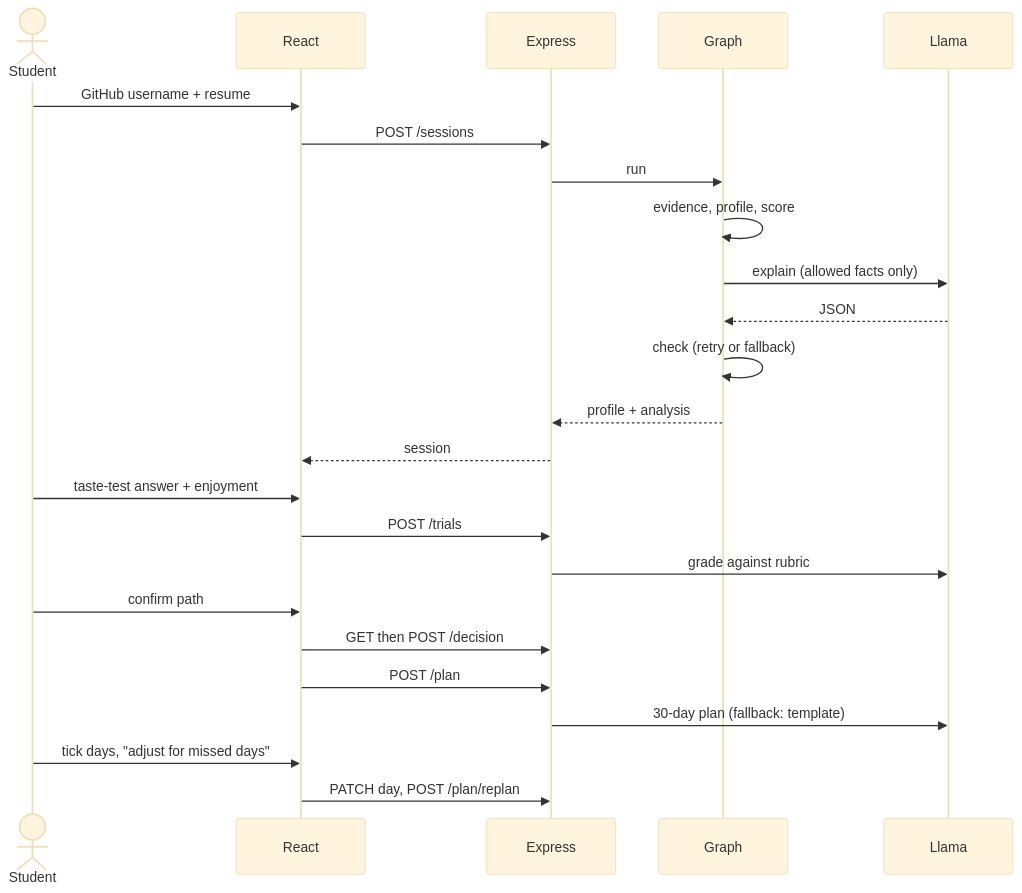
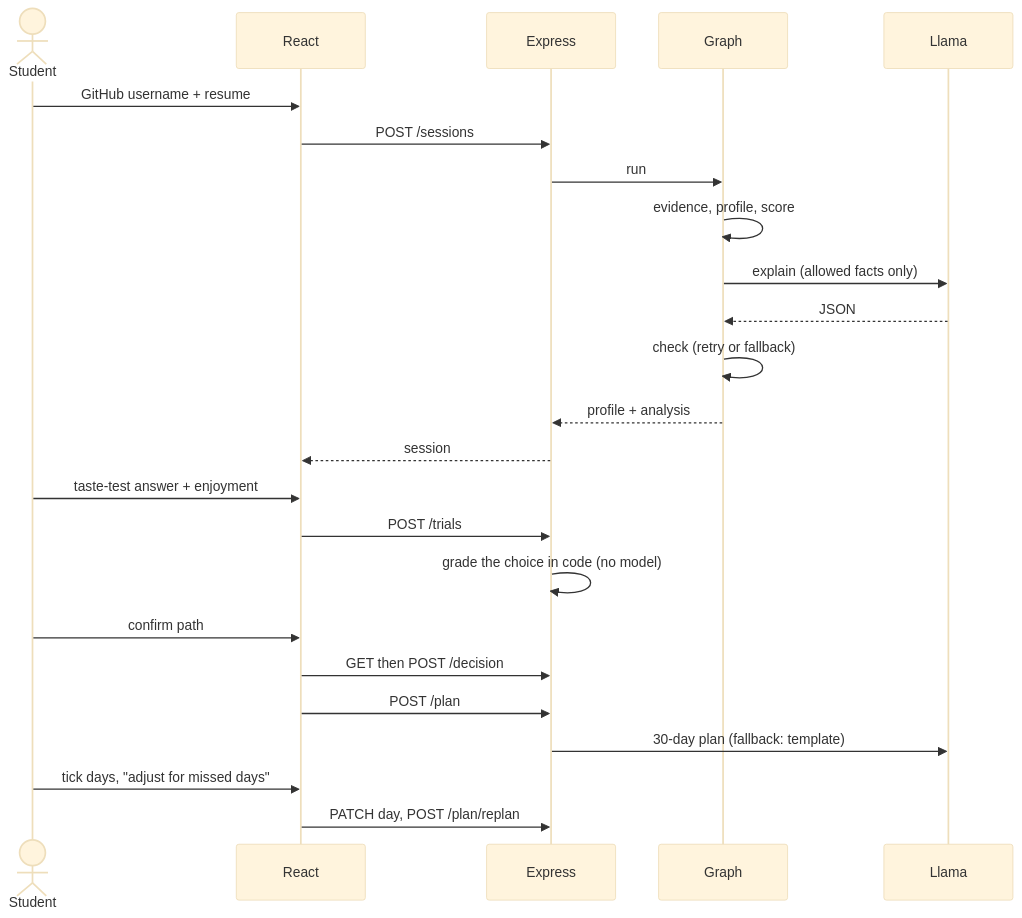
Before and after one commit to yashsrivastava1408/TrailHead: the fourth of 4 diagrams in docs/ARCHITECTURE.md, drawn with Mermaid (base theme). The commit also changed other lines of this file and 23 other files, not shown here.

````diff
--- a/docs/ARCHITECTURE.md
+++ b/docs/ARCHITECTURE.md
@@ -112,26 +112,26 @@
 ```mermaid
 sequenceDiagram
   actor S as Student
   participant UI as React
   participant API as Express
   participant G as Graph
   participant LLM as Llama
   S->>UI: GitHub username + resume
   UI->>API: POST /sessions
   API->>G: run
   G->>G: evidence, profile, score
   G->>LLM: explain (allowed facts only)
   LLM-->>G: JSON
   G->>G: check (retry or fallback)
   G-->>API: profile + analysis
   API-->>UI: session
   S->>UI: taste-test answer + enjoyment
   UI->>API: POST /trials
-  API->>LLM: grade against rubric
+  API->>API: grade the choice in code (no model)
   S->>UI: confirm path
   UI->>API: GET then POST /decision
   UI->>API: POST /plan
   API->>LLM: 30-day plan (fallback: template)
   S->>UI: tick days, "adjust for missed days"
   UI->>API: PATCH day, POST /plan/replan
 ```
````
